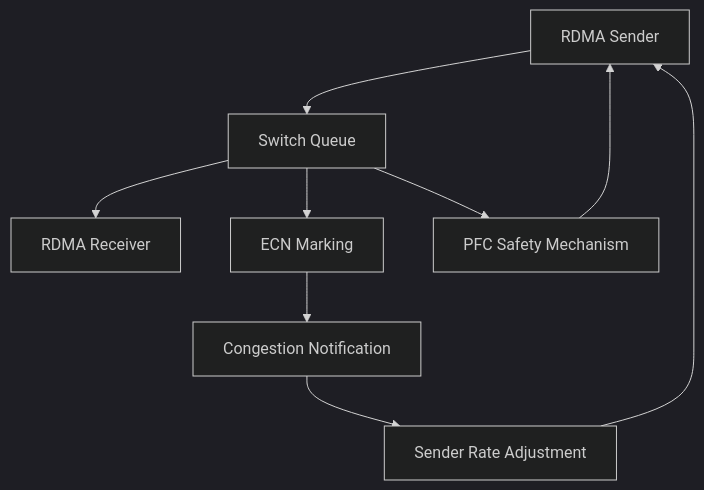
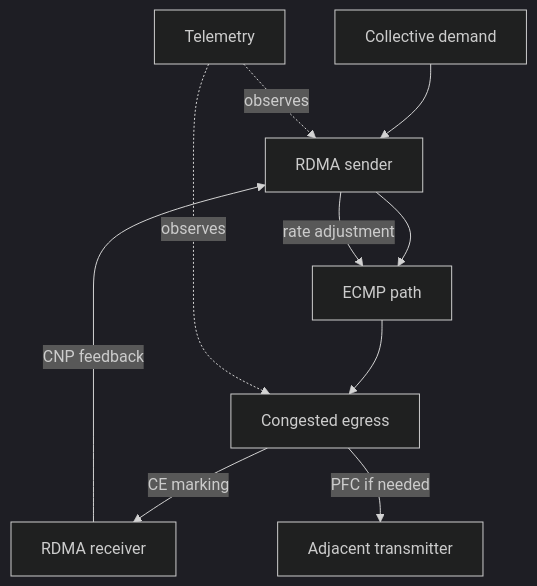
The second of 3 diagrams in docs/nvidia-zero-to-hero/volume-09/chapter-01-why-ethernet-for-ai-is-different.md (jithinpnjm/nvidia-devops), drawn with Mermaid (dark theme) before and after one commit. The commit also changed other lines of this file, not shown here.

````diff
--- a/docs/nvidia-zero-to-hero/volume-09/chapter-01-why-ethernet-for-ai-is-different.md
+++ b/docs/nvidia-zero-to-hero/volume-09/chapter-01-why-ethernet-for-ai-is-different.md
@@ -61,14 +100,12 @@
 ```mermaid
 flowchart TD
-    Sender[RDMA Sender]
-    Queue[Switch Queue]
-    Receiver[RDMA Receiver]
-    ECN[ECN Marking]
-    Feedback[Congestion Notification]
-    Rate[Sender Rate Adjustment]
-    PFC[PFC Safety Mechanism]
-
-    Sender --> Queue --> Receiver
-    Queue --> ECN --> Feedback --> Rate --> Sender
-    Queue --> PFC --> Sender
+    Workload[Collective demand] --> Sender[RDMA sender]
+    Sender --> Path[ECMP path]
+    Path --> Queue[Congested egress]
+    Queue -->|CE marking| Receiver[RDMA receiver]
+    Receiver -->|CNP feedback| Sender
+    Sender -->|rate adjustment| Path
+    Queue -->|PFC if needed| Upstream[Adjacent transmitter]
+    Telemetry[Telemetry] -. observes .-> Queue
+    Telemetry -. observes .-> Sender
 ```
````
